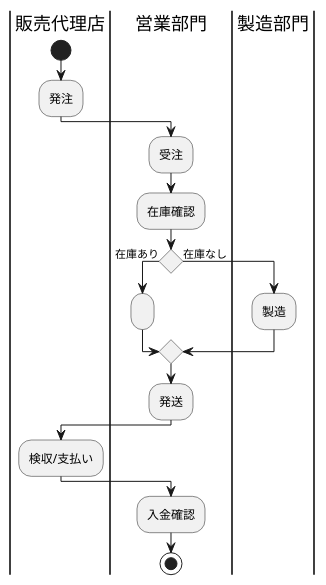
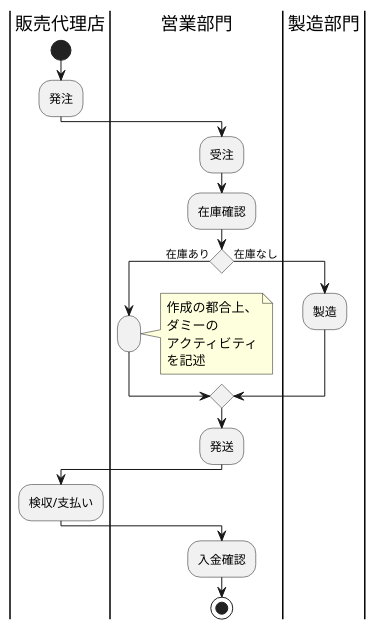
Before and after one commit to hatakeyama12/uml-intro: the diagram in 演習7-2_AC_製品を製造するアクティビティ図.pu, drawn with PlantUML.

Commit message:
演習７－２にnoteを追加

```diff
--- a/演習7-2_AC_製品を製造するアクティビティ図.pu
+++ b/演習7-2_AC_製品を製造するアクティビティ図.pu
@@ -1,24 +1,30 @@
 @startuml 演習７－２
 |販売代理店|
 |営業部門|
 |製造部門|
 |販売代理店|
 start
 :発注;
 |営業部門|
 :受注;
 :在庫確認;
 if () then (在庫あり)
 :;
+note right
+作成の都合上、
+ダミーの
+アクティビティ
+を記述
+end note
 else (在庫なし)
 |製造部門|
 :製造;
 endif
 |営業部門|
 :発送;
 |販売代理店|
 :検収/支払い;
 |営業部門|
 :入金確認;
 stop
 @enduml
```
